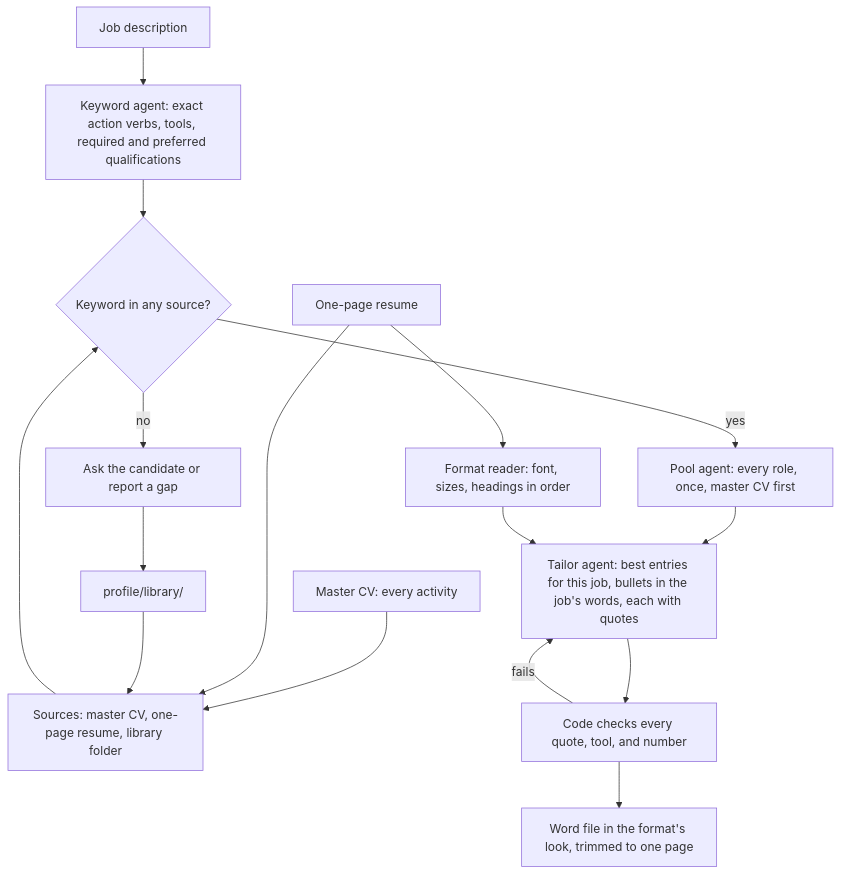
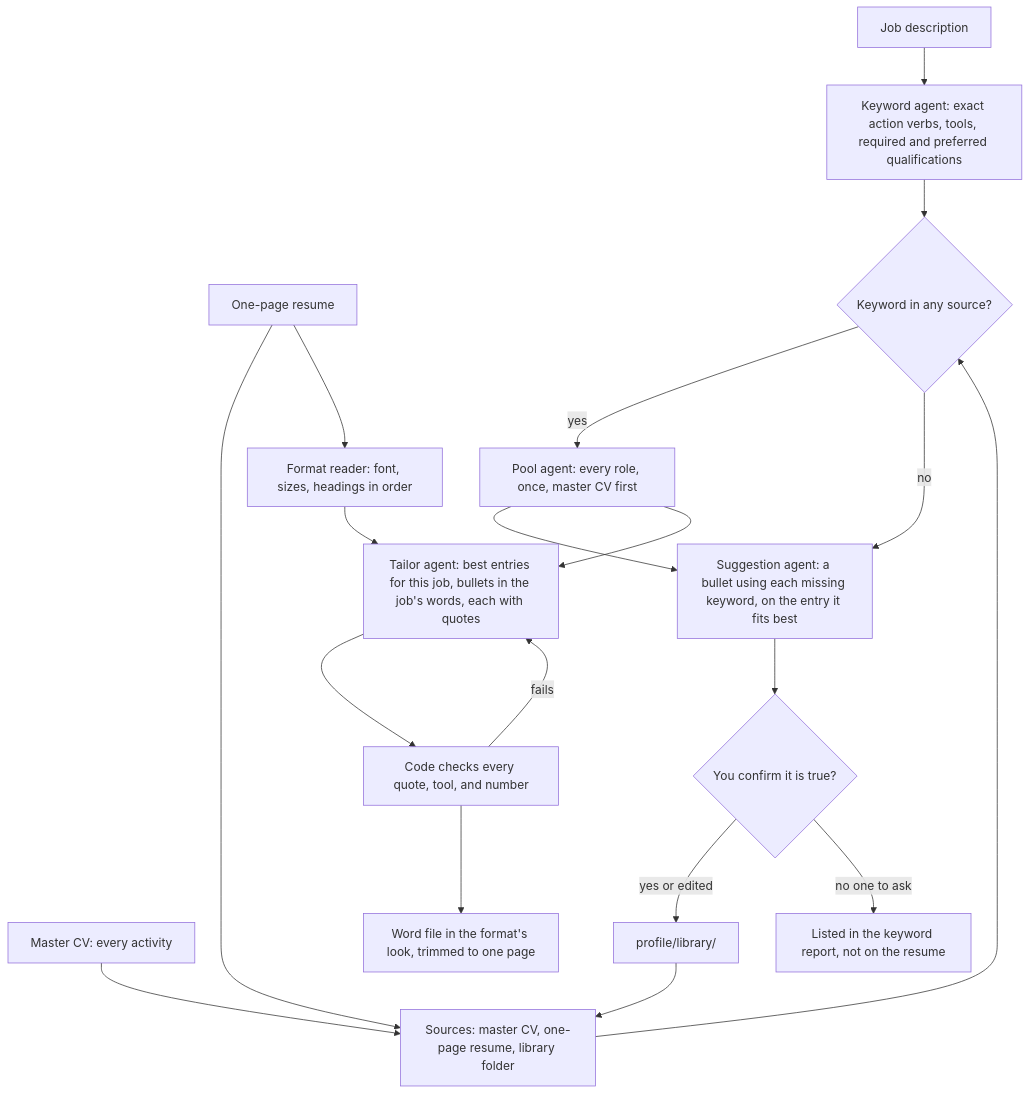
The diagram in specs/006-resume-builder.md (armita-jamshidi/Apply_Auto), drawn with Mermaid before and after one commit. The commit also changed other lines of this file and 6 other files, not shown here.

First line of the commit message:
Suggest a bullet for each missing keyword, used once confirmed

````diff
--- a/specs/006-resume-builder.md
+++ b/specs/006-resume-builder.md
@@ -34,18 +44,21 @@
 ```mermaid
 flowchart TD
     JD[Job description] --> KW[Keyword agent: exact action verbs, tools, required and preferred qualifications]
     CV[Master CV: every activity] --> SRC[Sources: master CV, one-page resume, library folder]
     R1[One-page resume] --> SRC
     LIB[profile/library/] --> SRC
     KW --> ASK{Keyword in any source?}
     SRC --> ASK
-    ASK -- no --> Q[Ask the candidate or report a gap]
-    Q --> LIB
     ASK -- yes --> POOL[Pool agent: every role, once, master CV first]
+    POOL --> SUG[Suggestion agent: a bullet using each missing keyword, on the entry it fits best]
+    ASK -- no --> SUG
+    SUG --> OK{You confirm it is true?}
+    OK -- yes or edited --> LIB
+    OK -- no one to ask --> REP[Listed in the keyword report, not on the resume]
     POOL --> PICK[Tailor agent: best entries for this job, bullets in the job's words, each with quotes]
     FMT[Format reader: font, sizes, headings in order] --> PICK
     R1 --> FMT
     PICK --> CHECK[Code checks every quote, tool, and number]
     CHECK -- fails --> PICK
     CHECK --> WORD[Word file in the format's look, trimmed to one page]
 ```
````
